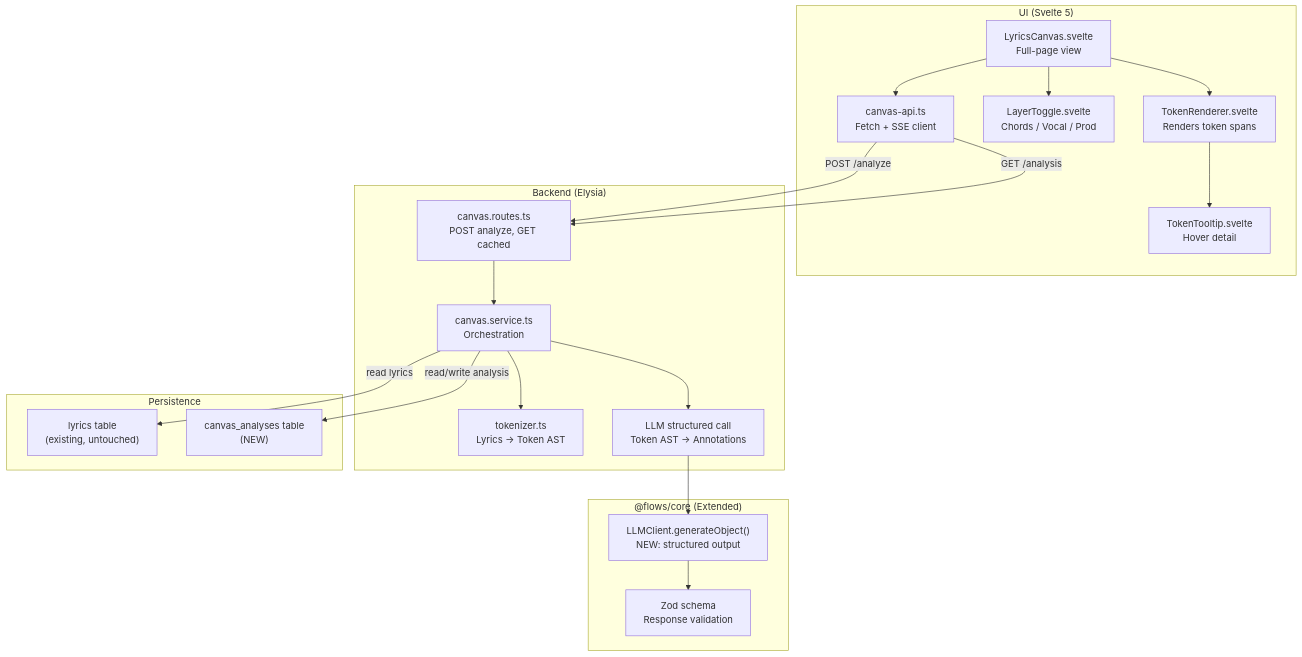
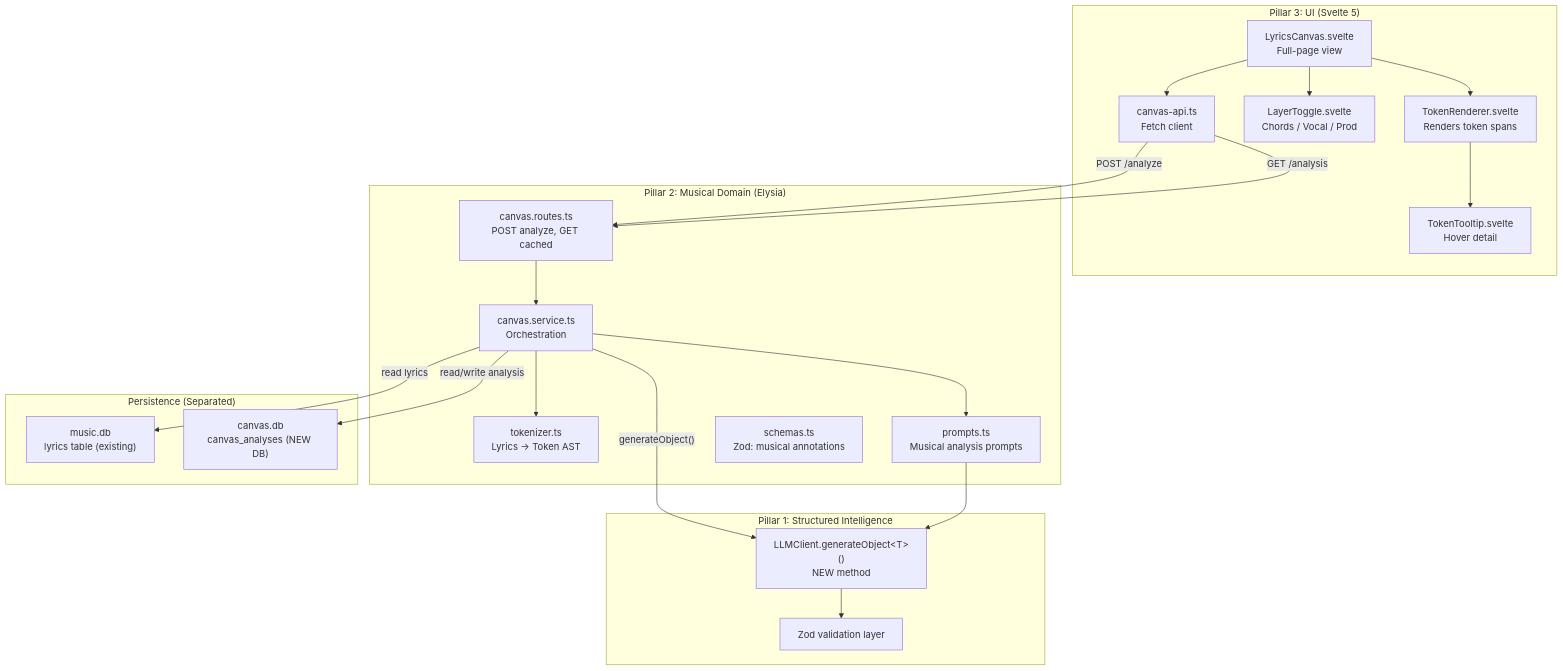
The second of 3 diagrams in docs/flows/lyrics-canvas/architecture.md (jorgesalica/flow-sample), drawn with Mermaid before and after one commit. The commit also changed other lines of this file and 2 other files, not shown here.

Commit message:
docs: refactor architecture to three-pillar model with separated DB, add use case walkthrough

````diff
--- a/docs/flows/lyrics-canvas/architecture.md
+++ b/docs/flows/lyrics-canvas/architecture.md
@@ -9,43 +60,45 @@
 ```mermaid
 flowchart TD
-    subgraph UI ["UI (Svelte 5)"]
+    subgraph UI ["Pillar 3: UI (Svelte 5)"]
         CANVAS_PAGE["LyricsCanvas.svelte<br/>Full-page view"]
         TOKEN_RENDERER["TokenRenderer.svelte<br/>Renders token spans"]
         LAYER_TOGGLE["LayerToggle.svelte<br/>Chords / Vocal / Prod"]
         TOOLTIP["TokenTooltip.svelte<br/>Hover detail"]
-        API_CLIENT["canvas-api.ts<br/>Fetch + SSE client"]
+        API_CLIENT["canvas-api.ts<br/>Fetch client"]
     end
 
-    subgraph BACKEND ["Backend (Elysia)"]
+    subgraph BACKEND ["Pillar 2: Musical Domain (Elysia)"]
         ROUTES["canvas.routes.ts<br/>POST analyze, GET cached"]
         SERVICE["canvas.service.ts<br/>Orchestration"]
         TOKENIZER["tokenizer.ts<br/>Lyrics → Token AST"]
-        LLM_CALL["LLM structured call<br/>Token AST → Annotations"]
+        PROMPTS["prompts.ts<br/>Musical analysis prompts"]
+        SCHEMAS["schemas.ts<br/>Zod: musical annotations"]
     end
 
-    subgraph CORE ["@flows/core (Extended)"]
-        LLM_CLIENT["LLMClient.generateObject()<br/>NEW: structured output"]
-        SCHEMA["Zod schema<br/>Response validation"]
+    subgraph CORE ["Pillar 1: Structured Intelligence"]
+        LLM_CLIENT["LLMClient.generateObject&lt;T&gt;()<br/>NEW method"]
+        ZOD["Zod validation layer"]
     end
 
-    subgraph DATA ["Persistence"]
-        LYRICS_DB["lyrics table<br/>(existing, untouched)"]
-        CANVAS_DB["canvas_analyses table<br/>(NEW)"]
+    subgraph DATA ["Persistence (Separated)"]
+        LYRICS_DB["music.db<br/>lyrics table (existing)"]
+        CANVAS_DB["canvas.db<br/>canvas_analyses (NEW DB)"]
     end
 
     CANVAS_PAGE --> TOKEN_RENDERER
     CANVAS_PAGE --> LAYER_TOGGLE
     TOKEN_RENDERER --> TOOLTIP
     CANVAS_PAGE --> API_CLIENT
 
     API_CLIENT -->|"POST /analyze"| ROUTES
     API_CLIENT -->|"GET /analysis"| ROUTES
     ROUTES --> SERVICE
     SERVICE --> TOKENIZER
-    SERVICE --> LLM_CALL
-    LLM_CALL --> LLM_CLIENT
-    LLM_CLIENT --> SCHEMA
+    SERVICE --> PROMPTS
+    SERVICE -->|"generateObject()"| LLM_CLIENT
+    LLM_CLIENT --> ZOD
+    PROMPTS --> LLM_CLIENT
 
     SERVICE -->|"read lyrics"| LYRICS_DB
     SERVICE -->|"read/write analysis"| CANVAS_DB
 ```
````
